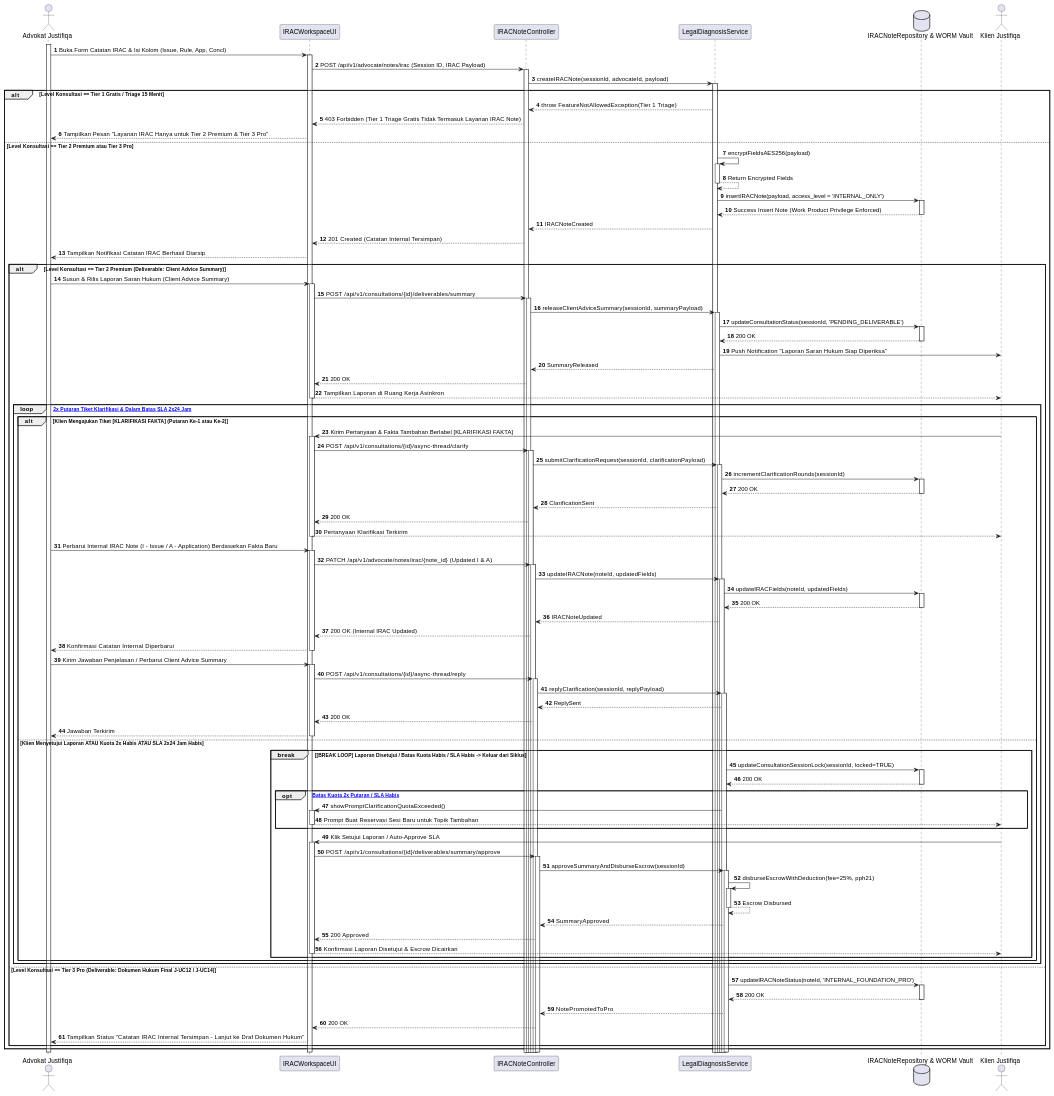
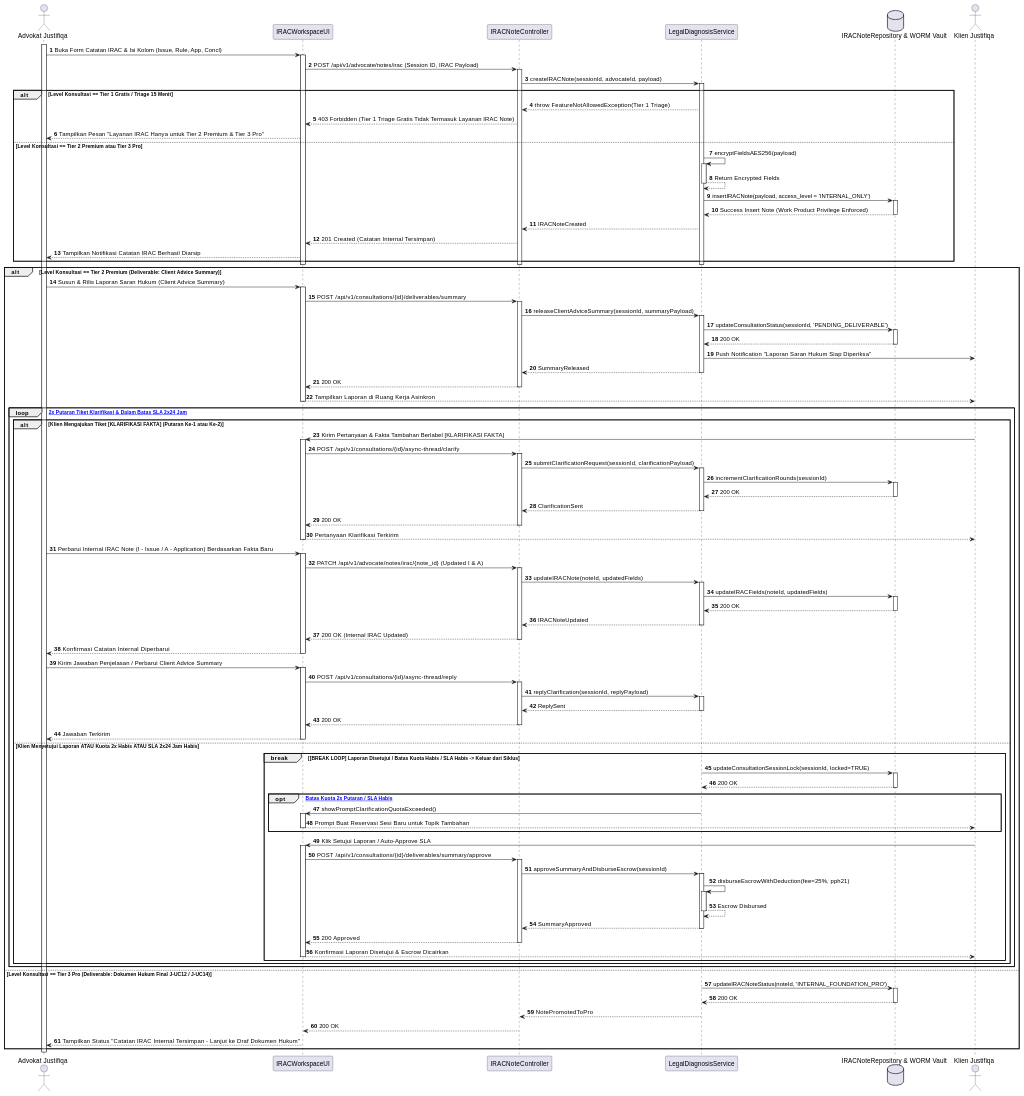
The eighth of 28 diagrams in MarkDown/plantuml_sequence_diagrams.md (tupperwureism/SuperApp-Gagal), drawn with PlantUML before and after one commit. The commit also changed other lines of this file, not shown here.

Commit message:
refactor(uml): normalize sequence diagrams SD-J-04 to SD-J-10 activation bars without stacking and explicit database activations

````diff
--- a/MarkDown/plantuml_sequence_diagrams.md
+++ b/MarkDown/plantuml_sequence_diagrams.md
@@ -949,85 +991,107 @@
 else Level Konsultasi == Tier 2 Premium atau Tier 3 Pro
     SVC -> SVC ++ : encryptFieldsAES256(payload)
     SVC --> SVC -- : Return Encrypted Fields
-    SVC -> REPO ++ : insertIRACNote(payload, access_level = 'INTERNAL_ONLY')
-    REPO --> SVC -- : Success Insert Note (Work Product Privilege Enforced)
+    SVC -> REPO : insertIRACNote(payload, access_level = 'INTERNAL_ONLY')
+    activate REPO
+    REPO --> SVC : Success Insert Note (Work Product Privilege Enforced)
+    deactivate REPO
     SVC --> CTRL : IRACNoteCreated
     CTRL --> FE : 201 Created (Catatan Internal Tersimpan)
     FE --> Mitra : Tampilkan Notifikasi Catatan IRAC Berhasil Diarsip
-
-    alt Level Konsultasi == Tier 2 Premium (Deliverable: Client Advice Summary)
-        Mitra -> FE ++ : Susun & Rilis Laporan Saran Hukum (Client Advice Summary)
-        FE -> CTRL ++ : POST /api/v1/consultations/{id}/deliverables/summary
-        CTRL -> SVC ++ : releaseClientAdviceSummary(sessionId, summaryPayload)
-        SVC -> REPO ++ : updateConsultationStatus(sessionId, 'PENDING_DELIVERABLE')
-        REPO --> SVC -- : 200 OK
-        SVC -> Klien : Push Notification "Laporan Saran Hukum Siap Diperiksa"
-        SVC --> CTRL : SummaryReleased
-        CTRL --> FE : 200 OK
-        FE --> Klien : Tampilkan Laporan di Ruang Kerja Asinkron
-        deactivate FE
-
-        loop [Maksimal 2x Putaran Tiket Klarifikasi & Dalam Batas SLA 2x24 Jam]
-            alt Klien Mengajukan Tiket [KLARIFIKASI FAKTA] (Putaran Ke-1 atau Ke-2)
-                Klien -> FE ++ : Kirim Pertanyaan & Fakta Tambahan Berlabel [KLARIFIKASI FAKTA]
-                FE -> CTRL ++ : POST /api/v1/consultations/{id}/async-thread/clarify
-                CTRL -> SVC ++ : submitClarificationRequest(sessionId, clarificationPayload)
-                SVC -> REPO ++ : incrementClarificationRounds(sessionId)
-                REPO --> SVC -- : 200 OK
-                SVC --> CTRL : ClarificationSent
-                CTRL --> FE : 200 OK
-                FE --> Klien : Pertanyaan Klarifikasi Terkirim
-                deactivate FE
-                
-                Mitra -> FE ++ : Perbarui Internal IRAC Note (I - Issue / A - Application) Berdasarkan Fakta Baru
-                FE -> CTRL ++ : PATCH /api/v1/advocate/notes/irac/{note_id} (Updated I & A)
-                CTRL -> SVC ++ : updateIRACNote(noteId, updatedFields)
-                SVC -> REPO ++ : updateIRACFields(noteId, updatedFields)
-                REPO --> SVC -- : 200 OK
-                SVC --> CTRL : IRACNoteUpdated
-                CTRL --> FE : 200 OK (Internal IRAC Updated)
-                FE --> Mitra : Konfirmasi Catatan Internal Diperbarui
-                deactivate FE
-                
-                Mitra -> FE ++ : Kirim Jawaban Penjelasan / Perbarui Client Advice Summary
-                FE -> CTRL ++ : POST /api/v1/consultations/{id}/async-thread/reply
-                CTRL -> SVC ++ : replyClarification(sessionId, replyPayload)
-                SVC --> CTRL : ReplySent
-                CTRL --> FE : 200 OK
-                FE --> Mitra : Jawaban Terkirim
-                deactivate FE
-            else Klien Menyetujui Laporan ATAU Kuota 2x Habis ATAU SLA 2x24 Jam Habis
-                break [BREAK LOOP] Laporan Disetujui / Batas Kuota Habis / SLA Habis -> Keluar dari Siklus
-                    SVC -> REPO ++ : updateConsultationSessionLock(sessionId, locked=TRUE)
-                    REPO --> SVC -- : 200 OK
-                    opt [Jika Batas Kuota 2x Putaran / SLA Habis]
-                        SVC -> FE ++ : showPromptClarificationQuotaExceeded()
-                        FE --> Klien : Prompt Buat Reservasi Sesi Baru untuk Topik Tambahan
-                        deactivate FE
-                    end
-                    Klien -> FE ++ : Klik Setujui Laporan / Auto-Approve SLA
-                    FE -> CTRL ++ : POST /api/v1/consultations/{id}/deliverables/summary/approve
-                    CTRL -> SVC ++ : approveSummaryAndDisburseEscrow(sessionId)
-                    SVC -> SVC ++ : disburseEscrowWithDeduction(fee=25%, pph21)
-                    SVC --> SVC -- : Escrow Disbursed
-                    SVC --> CTRL : SummaryApproved
-                    CTRL --> FE : 200 Approved
-                    FE --> Klien : Konfirmasi Laporan Disetujui & Escrow Dicairkan
-                    deactivate FE
-                end
-            end
-        end
-    else Level Konsultasi == Tier 3 Pro (Deliverable: Dokumen Hukum Final J-UC12 / J-UC14)
-        SVC -> REPO ++ : updateIRACNoteStatus(noteId, 'INTERNAL_FOUNDATION_PRO')
-        REPO --> SVC -- : 200 OK
-        SVC --> CTRL : NotePromotedToPro
-        CTRL --> FE : 200 OK
-        FE --> Mitra : Tampilkan Status "Catatan IRAC Internal Tersimpan - Lanjut ke Draf Dokumen Hukum"
-    end
 end
 deactivate SVC
 deactivate CTRL
 deactivate FE
+
+alt Level Konsultasi == Tier 2 Premium (Deliverable: Client Advice Summary)
+    Mitra -> FE ++ : Susun & Rilis Laporan Saran Hukum (Client Advice Summary)
+    FE -> CTRL ++ : POST /api/v1/consultations/{id}/deliverables/summary
+    CTRL -> SVC ++ : releaseClientAdviceSummary(sessionId, summaryPayload)
+    SVC -> REPO : updateConsultationStatus(sessionId, 'PENDING_DELIVERABLE')
+    activate REPO
+    REPO --> SVC : 200 OK
+    deactivate REPO
+    SVC -> Klien : Push Notification "Laporan Saran Hukum Siap Diperiksa"
+    SVC --> CTRL : SummaryReleased
+    deactivate SVC
+    CTRL --> FE : 200 OK
+    deactivate CTRL
+    FE --> Klien : Tampilkan Laporan di Ruang Kerja Asinkron
+    deactivate FE
+
+    loop [Maksimal 2x Putaran Tiket Klarifikasi & Dalam Batas SLA 2x24 Jam]
+        alt Klien Mengajukan Tiket [KLARIFIKASI FAKTA] (Putaran Ke-1 atau Ke-2)
+            Klien -> FE ++ : Kirim Pertanyaan & Fakta Tambahan Berlabel [KLARIFIKASI FAKTA]
+            FE -> CTRL ++ : POST /api/v1/consultations/{id}/async-thread/clarify
+            CTRL -> SVC ++ : submitClarificationRequest(sessionId, clarificationPayload)
+            SVC -> REPO : incrementClarificationRounds(sessionId)
+            activate REPO
+            REPO --> SVC : 200 OK
+            deactivate REPO
+            SVC --> CTRL : ClarificationSent
+            deactivate SVC
+            CTRL --> FE : 200 OK
+            deactivate CTRL
+            FE --> Klien : Pertanyaan Klarifikasi Terkirim
+            deactivate FE
+            
+            Mitra -> FE ++ : Perbarui Internal IRAC Note (I - Issue / A - Application) Berdasarkan Fakta Baru
+            FE -> CTRL ++ : PATCH /api/v1/advocate/notes/irac/{note_id} (Updated I & A)
+            CTRL -> SVC ++ : updateIRACNote(noteId, updatedFields)
+            SVC -> REPO : updateIRACFields(noteId, updatedFields)
+            activate REPO
+            REPO --> SVC : 200 OK
+            deactivate REPO
+            SVC --> CTRL : IRACNoteUpdated
+            deactivate SVC
+            CTRL --> FE : 200 OK (Internal IRAC Updated)
+            deactivate CTRL
+            FE --> Mitra : Konfirmasi Catatan Internal Diperbarui
+            deactivate FE
+            
+            Mitra -> FE ++ : Kirim Jawaban Penjelasan / Perbarui Client Advice Summary
+            FE -> CTRL ++ : POST /api/v1/consultations/{id}/async-thread/reply
+            CTRL -> SVC ++ : replyClarification(sessionId, replyPayload)
+            SVC --> CTRL : ReplySent
+            deactivate SVC
+            CTRL --> FE : 200 OK
+            deactivate CTRL
+            FE --> Mitra : Jawaban Terkirim
+            deactivate FE
+        else Klien Menyetujui Laporan ATAU Kuota 2x Habis ATAU SLA 2x24 Jam Habis
+            break [BREAK LOOP] Laporan Disetujui / Batas Kuota Habis / SLA Habis -> Keluar dari Siklus
+                SVC -> REPO : updateConsultationSessionLock(sessionId, locked=TRUE)
+                activate REPO
+                REPO --> SVC : 200 OK
+                deactivate REPO
+                opt [Jika Batas Kuota 2x Putaran / SLA Habis]
+                    SVC -> FE ++ : showPromptClarificationQuotaExceeded()
+                    FE --> Klien : Prompt Buat Reservasi Sesi Baru untuk Topik Tambahan
+                    deactivate FE
+                end
+                Klien -> FE ++ : Klik Setujui Laporan / Auto-Approve SLA
+                FE -> CTRL ++ : POST /api/v1/consultations/{id}/deliverables/summary/approve
+                CTRL -> SVC ++ : approveSummaryAndDisburseEscrow(sessionId)
+                SVC -> SVC ++ : disburseEscrowWithDeduction(fee=25%, pph21)
+                SVC --> SVC -- : Escrow Disbursed
+                SVC --> CTRL : SummaryApproved
+                deactivate SVC
+                CTRL --> FE : 200 Approved
+                deactivate CTRL
+                FE --> Klien : Konfirmasi Laporan Disetujui & Escrow Dicairkan
+                deactivate FE
+            end
+        end
+    end
+else Level Konsultasi == Tier 3 Pro (Deliverable: Dokumen Hukum Final J-UC12 / J-UC14)
+    SVC -> REPO : updateIRACNoteStatus(noteId, 'INTERNAL_FOUNDATION_PRO')
+    activate REPO
+    REPO --> SVC : 200 OK
+    deactivate REPO
+    SVC --> CTRL : NotePromotedToPro
+    CTRL --> FE : 200 OK
+    FE --> Mitra : Tampilkan Status "Catatan IRAC Internal Tersimpan - Lanjut ke Draf Dokumen Hukum"
+end
 deactivate Mitra
 @enduml
 ```
````
